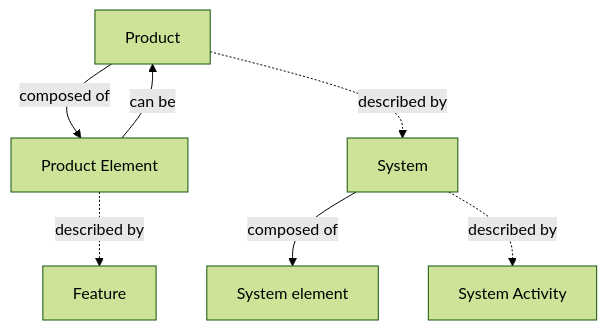
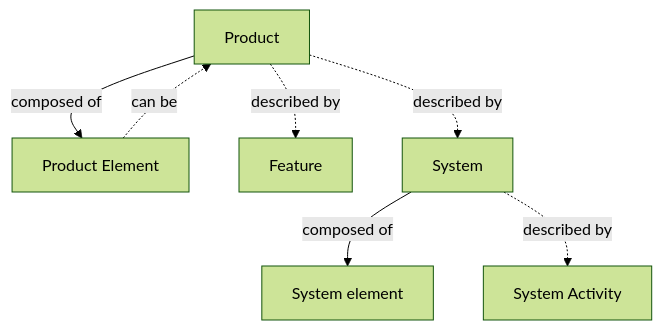
Before and after one commit to 3se-framework/3se-onto: the first of 2 diagrams in glossary.md, drawn with Mermaid (forest theme). The commit also changed other lines of this file, not shown here.

````diff
--- a/glossary.md
+++ b/glossary.md
@@ -1066,16 +1067,16 @@
 ```mermaid
 flowchart TD
     N1["Product"]
     N2["Product Element"]
-    N3["System"]
-    N5["Feature"]
+    N3["Feature"]
+    N4["System"]
     N6["System element"]
     N7["System Activity"]
 
     N1 -->|composed of| N2
     N1 -.->|described by| N3
-    N2 -.->|described by| N5
-    N2 -->|can be| N1
-    N3 -->|composed of| N6
-    N3 -.->|described by| N7
+    N1 -.->|described by| N4
+    N2 -.->|can be| N1
+    N4 -->|composed of| N6
+    N4 -.->|described by| N7
 ```
````
